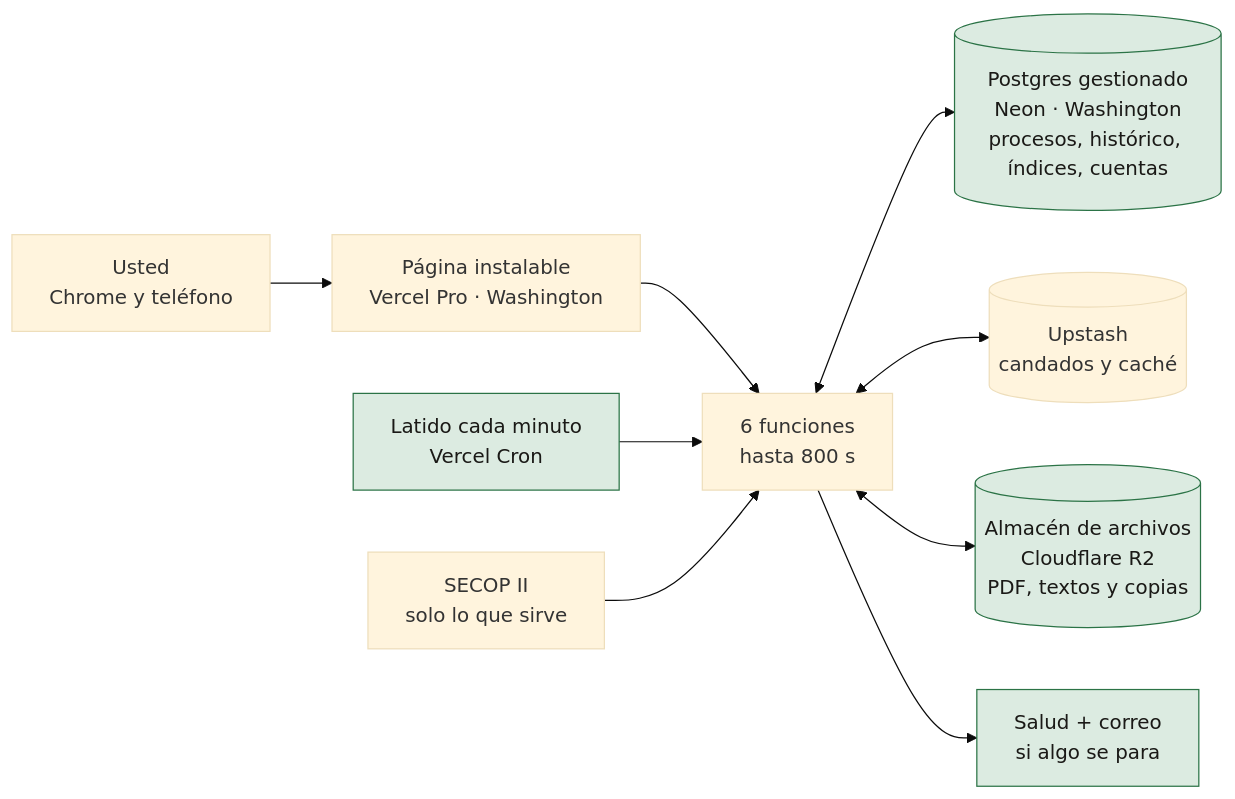
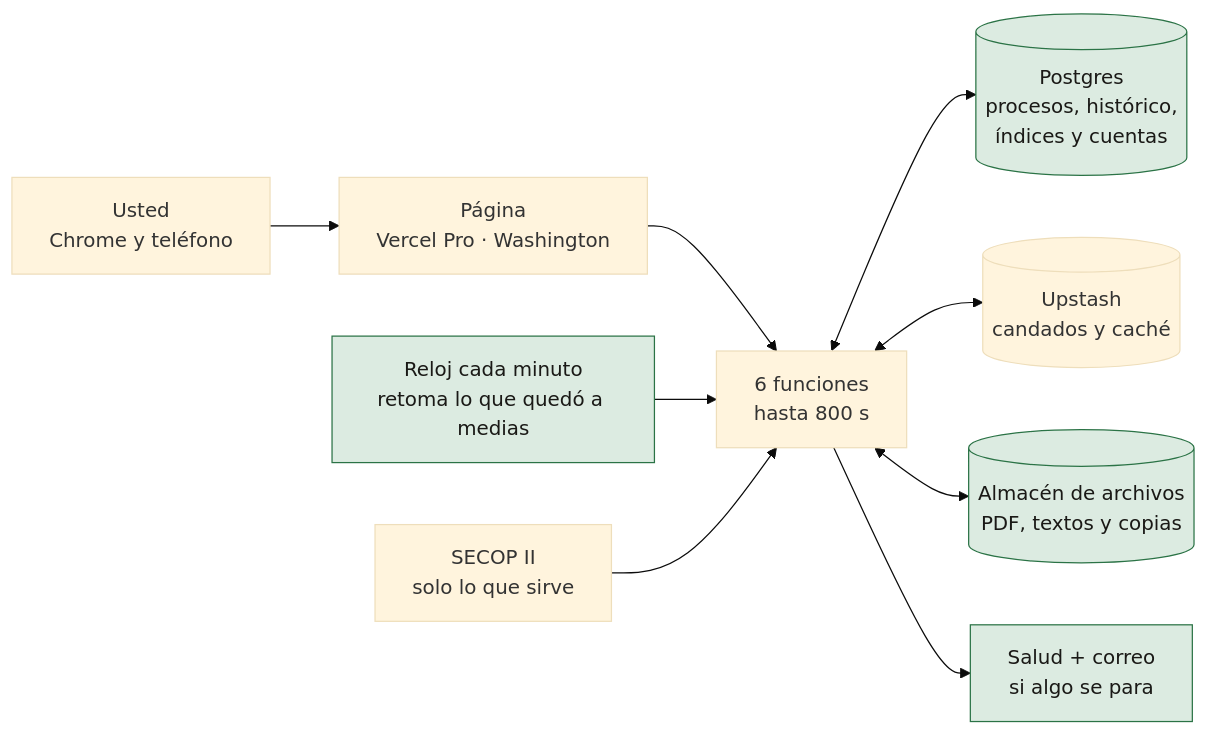
Before and after one commit to Mauricio7x/portafolio-estrategico: the second of 3 diagrams in docs/INFRAESTRUCTURA_2026-09-27.md, drawn with Mermaid (base theme). The commit also changed other lines of this file and 2 other files, not shown here.

First line of the commit message:
Informe de infraestructura: lo que encontraron los dos revisores

````diff
--- a/docs/INFRAESTRUCTURA_2026-09-27.md
+++ b/docs/INFRAESTRUCTURA_2026-09-27.md
@@ -58,13 +60,13 @@
 ```mermaid
 flowchart LR
-  U["Usted<br/>Chrome y teléfono"] --> W["Página instalable<br/>Vercel Pro · Washington"]
+  U["Usted<br/>Chrome y teléfono"] --> W["Página<br/>Vercel Pro · Washington"]
   W --> F["6 funciones<br/>hasta 800 s"]
-  L["Latido cada minuto<br/>Vercel Cron"] --> F
+  L["Reloj cada minuto<br/>retoma lo que quedó a medias"] --> F
   S["SECOP II<br/>solo lo que sirve"] --> F
-  F <--> P[("Postgres gestionado<br/>Neon · Washington<br/>procesos, histórico, índices, cuentas")]
+  F <--> P[("Postgres<br/>procesos, histórico,<br/>índices y cuentas")]
   F <--> R[("Upstash<br/>candados y caché")]
-  F <--> O[("Almacén de archivos<br/>Cloudflare R2<br/>PDF, textos y copias")]
+  F <--> O[("Almacén de archivos<br/>PDF, textos y copias")]
   F --> M["Salud + correo<br/>si algo se para"]
   classDef nuevo fill:#dcebe1,stroke:#2b7346,color:#1a1916
   class P,O,L,M nuevo
 ```
````
